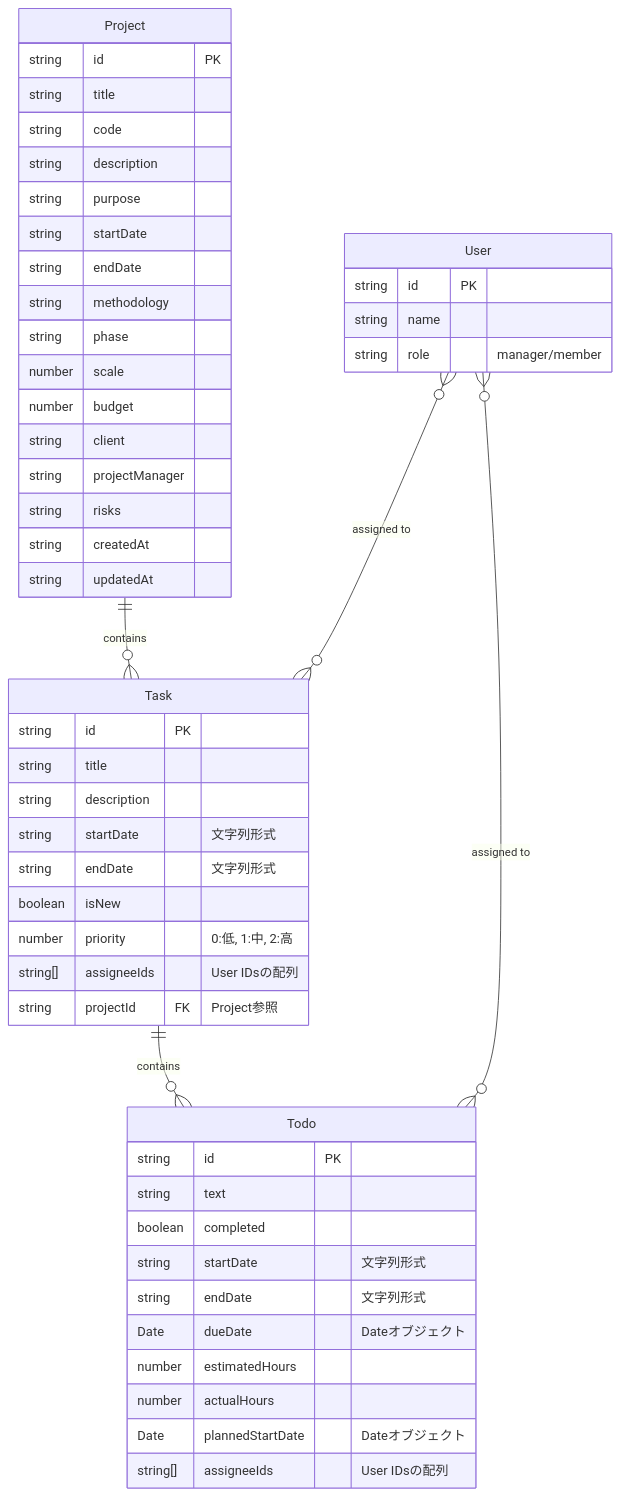
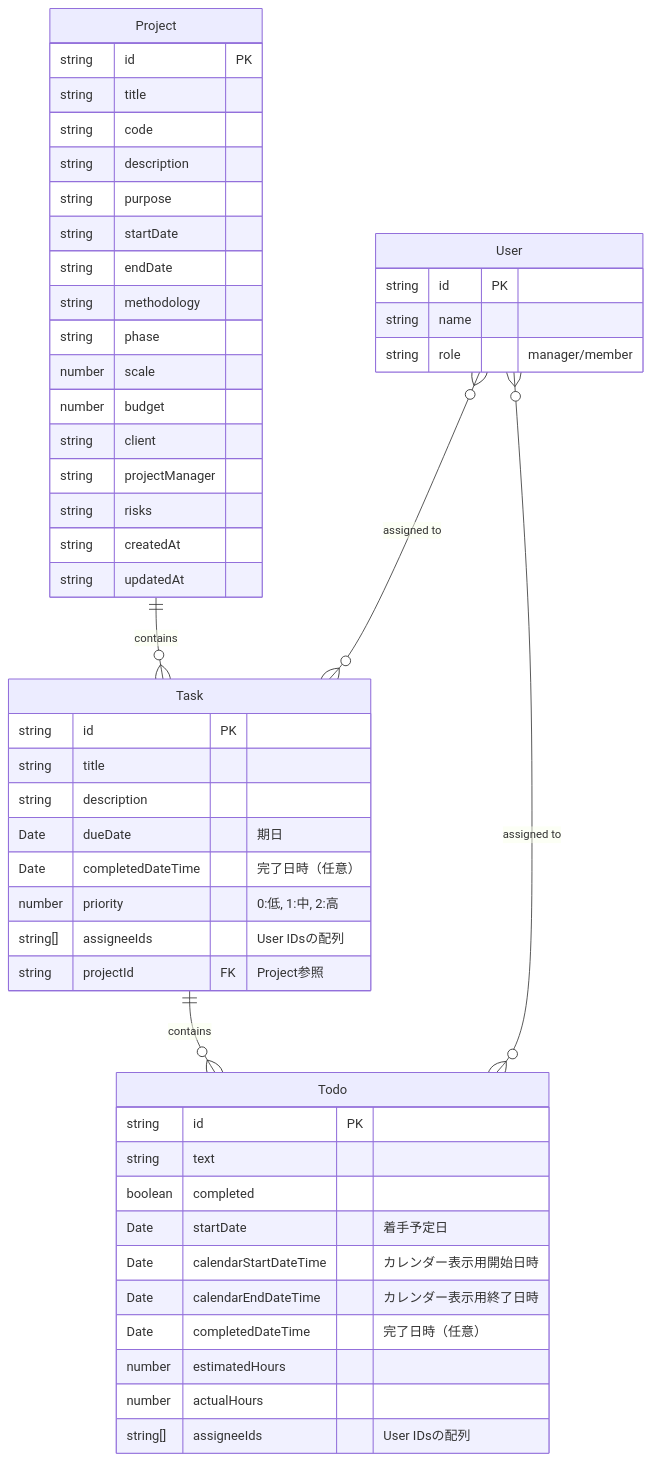
One commit to whiten-admin/play-ground1 changed the diagram in docs/data-model.md. Above: the diagram before and after it, drawn with Mermaid. The commit also changed other lines of this file and 11 other files, not shown here.

````diff
--- a/docs/data-model.md
+++ b/docs/data-model.md
@@ -7,57 +7,56 @@
 ```mermaid
 erDiagram
     Project ||--o{ Task : "contains"
     Task ||--o{ Todo : "contains"
     User }o--o{ Task : "assigned to"
     User }o--o{ Todo : "assigned to"
 
     Project {
         string id PK
         string title
         string code
         string description
         string purpose
         string startDate
         string endDate
         string methodology
         string phase
         number scale
         number budget
         string client
         string projectManager
         string risks
         string createdAt
         string updatedAt
     }
 
     Task {
         string id PK
         string title
         string description
-        string startDate "文字列形式"
-        string endDate "文字列形式"
-        boolean isNew
+        Date dueDate "期日"
+        Date completedDateTime "完了日時（任意）"
         number priority "0:低, 1:中, 2:高"
         string[] assigneeIds "User IDsの配列"
         string projectId FK "Project参照"
     }
 
     Todo {
         string id PK
         string text
         boolean completed
-        string startDate "文字列形式"
-        string endDate "文字列形式"
-        Date dueDate "Dateオブジェクト"
+        Date startDate "着手予定日"
+        Date calendarStartDateTime "カレンダー表示用開始日時"
+        Date calendarEndDateTime "カレンダー表示用終了日時"
+        Date completedDateTime "完了日時（任意）"
         number estimatedHours
         number actualHours
-        Date plannedStartDate "Dateオブジェクト"
         string[] assigneeIds "User IDsの配列"
     }
 
     User {
         string id PK
         string name
         string role "manager/member"
     }
 ```
````
